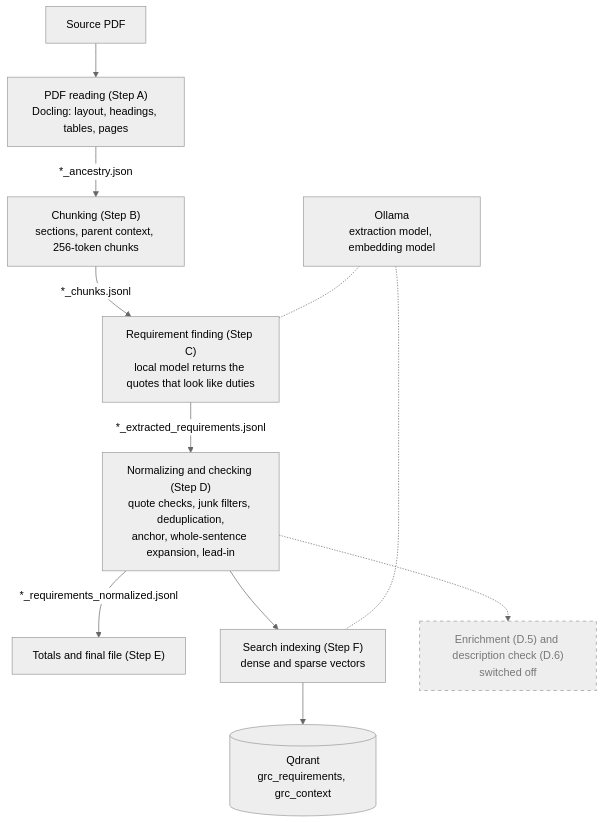
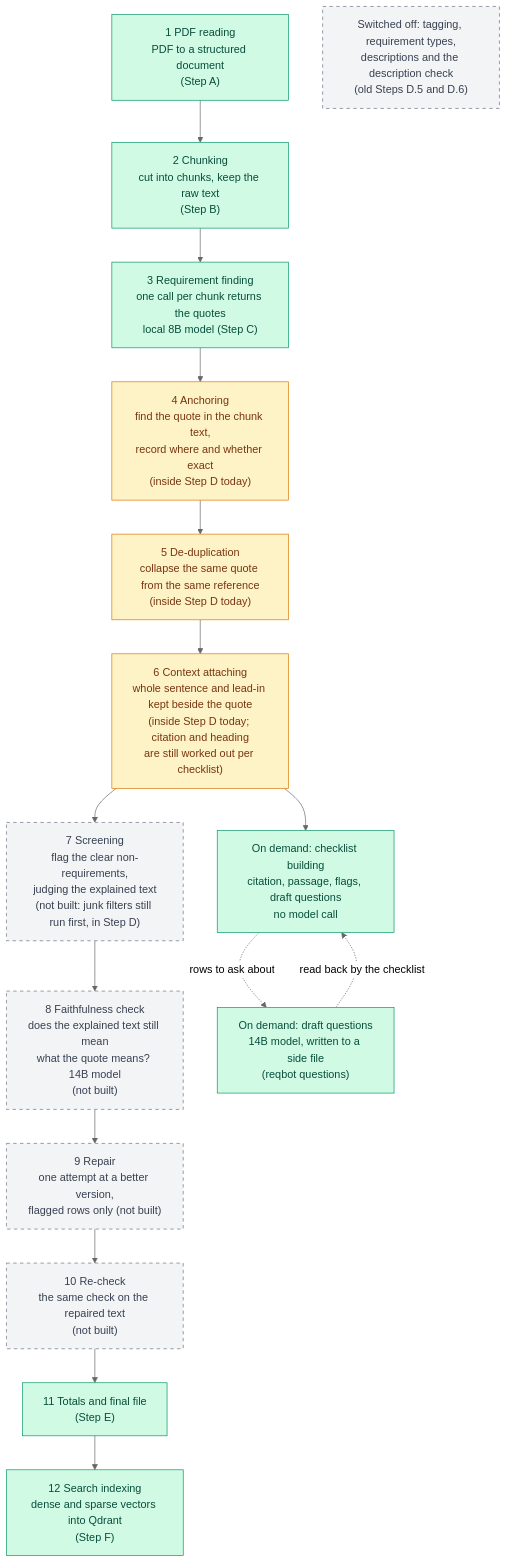
Before and after one commit to TylerGRClark/ReqBot: the first of 2 diagrams in docs/ARCHITECTURE.md, drawn with Mermaid (neutral theme). The commit also changed other lines of this file, not shown here.

Commit message:
docs(architecture): draw the pipeline chart in the redesign plan's 12 steps, shaded by what is built
One job per box as in docs/PIPELINE_REDESIGN_PLAN.md, with the old step letters beside the names. Green: built and separate. Amber: works today but still runs inside Step D with other jobs (anchoring, de-duplication, context attaching). Grey dashed: in the plan and not built (screening, faithfulness check, repair, re-check), or switched off (tagging, types, descriptions, description check). Checked against the order the code runs in parse_and_normalize: grounding and junk filters, anchoring, de-duplication, then the explained layer.

````diff
--- a/docs/ARCHITECTURE.md
+++ b/docs/ARCHITECTURE.md
@@ -47,27 +49,30 @@
 ```mermaid
 flowchart TD
-    PDF["Source PDF"]
-    A["PDF reading (Step A)<br/>Docling: layout, headings, tables, pages"]
-    B["Chunking (Step B)<br/>sections, parent context, 256-token chunks"]
-    C["Requirement finding (Step C)<br/>local model returns the quotes that look like duties"]
-    D["Normalizing and checking (Step D)<br/>quote checks, junk filters, deduplication,<br/>anchor, whole-sentence expansion, lead-in"]
-    E["Totals and final file (Step E)"]
-    F["Search indexing (Step F)<br/>dense and sparse vectors"]
-    OFF["Enrichment (D.5) and description check (D.6)<br/>switched off"]
-    QD[("Qdrant<br/>grc_requirements, grc_context")]
-    OL["Ollama<br/>extraction model, embedding model"]
+    N1["1 PDF reading<br/>PDF to a structured document<br/>(Step A)"]
+    N2["2 Chunking<br/>cut into chunks, keep the raw text<br/>(Step B)"]
+    N3["3 Requirement finding<br/>one call per chunk returns the quotes<br/>local 8B model (Step C)"]
+    N4["4 Anchoring<br/>find the quote in the chunk text,<br/>record where and whether exact<br/>(inside Step D today)"]
+    N5["5 De-duplication<br/>collapse the same quote from the same reference<br/>(inside Step D today)"]
+    N6["6 Context attaching<br/>whole sentence and lead-in kept beside the quote<br/>(inside Step D today; citation and heading<br/>are still worked out per checklist)"]
+    N7["7 Screening<br/>flag the clear non-requirements,<br/>judging the explained text<br/>(not built: junk filters still run first, in Step D)"]
+    N8["8 Faithfulness check<br/>does the explained text still mean<br/>what the quote means? 14B model<br/>(not built)"]
+    N9["9 Repair<br/>one attempt at a better version,<br/>flagged rows only (not built)"]
+    N10["10 Re-check<br/>the same check on the repaired text<br/>(not built)"]
+    N11["11 Totals and final file<br/>(Step E)"]
+    N12["12 Search indexing<br/>dense and sparse vectors into Qdrant<br/>(Step F)"]
+    CL["On demand: checklist building<br/>citation, passage, flags, draft questions<br/>no model call"]
+    DQ["On demand: draft questions<br/>14B model, written to a side file<br/>(reqbot questions)"]
+    OFF["Switched off: tagging, requirement types,<br/>descriptions and the description check<br/>(old Steps D.5 and D.6)"]
 
-    PDF --> A
-    A -->|"*_ancestry.json"| B
-    B -->|"*_chunks.jsonl"| C
-    C -->|"*_extracted_requirements.jsonl"| D
-    D -->|"*_requirements_normalized.jsonl"| E
-    D --> F
-    F --> QD
-    D -.-> OFF
-    OL -.- C
-    OL -.- F
+    N1 --> N2 --> N3 --> N4 --> N5 --> N6 --> N7 --> N8 --> N9 --> N10 --> N11 --> N12
+    N6 --> CL
+    CL -.->|"rows to ask about"| DQ
+    DQ -.->|"read back by the checklist"| CL
 
-    classDef off stroke-dasharray: 5 5,color:#777;
-    class OFF off;
+    classDef built fill:#d1fae5,stroke:#059669,color:#064e3b;
+    classDef inside fill:#fef3c7,stroke:#d97706,color:#78350f;
+    classDef planned fill:#f3f4f6,stroke:#6b7280,color:#374151,stroke-dasharray: 5 5;
+    class N1,N2,N3,N11,N12,CL,DQ built;
+    class N4,N5,N6 inside;
+    class N7,N8,N9,N10,OFF planned;
 ```
````
